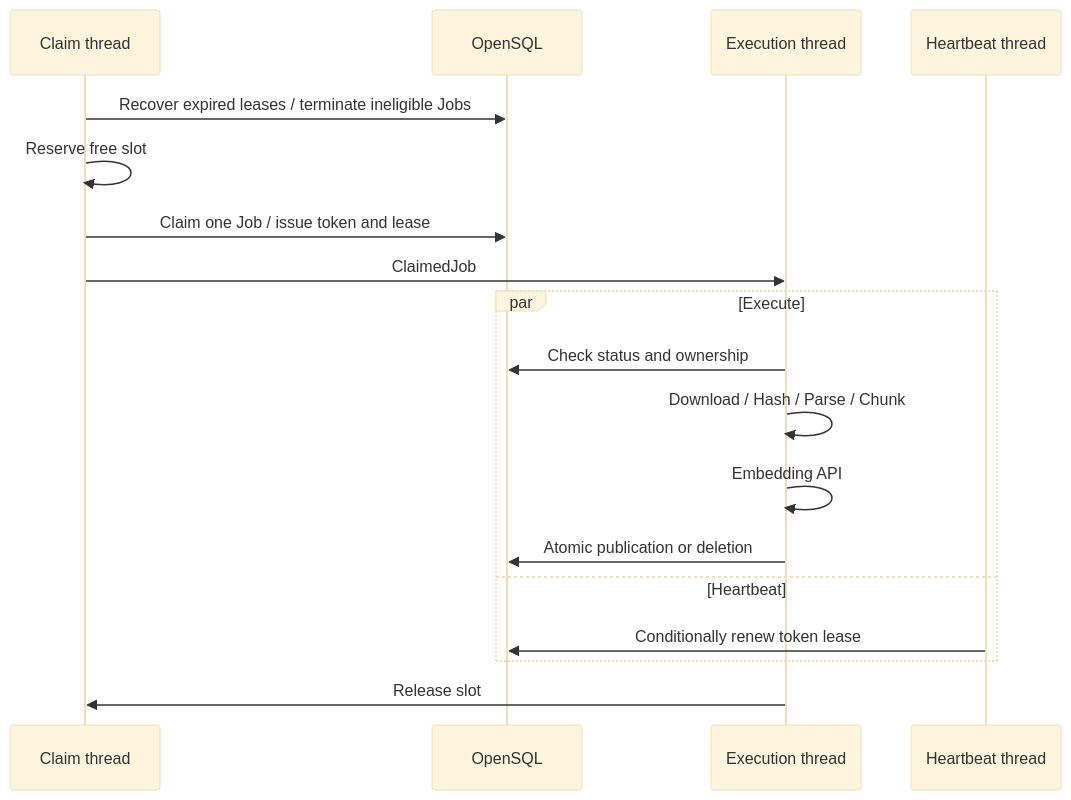
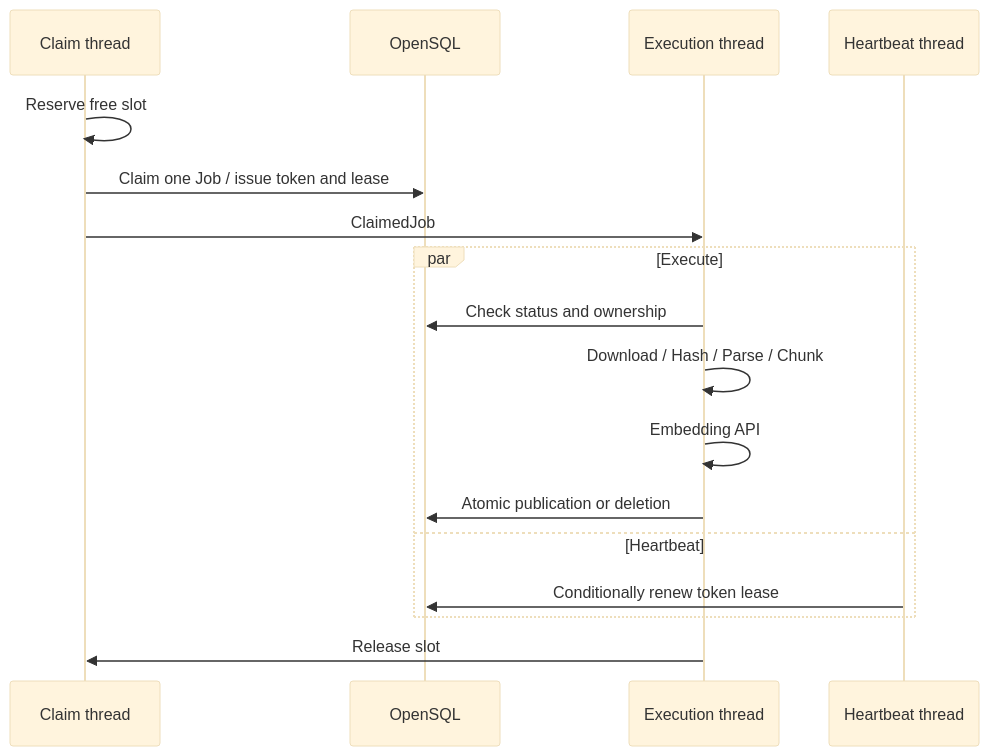
The diagram in docs/PROCESSING_MODEL_EN.md (mash-up-kr/spr1n6-osscontest-worker), drawn with Mermaid (base theme) before and after one commit. The commit also changed other lines of this file and 7 other files, not shown here.

````diff
--- a/docs/PROCESSING_MODEL_EN.md
+++ b/docs/PROCESSING_MODEL_EN.md
@@ -17,20 +19,19 @@
 ```mermaid
 sequenceDiagram
     participant C as Claim thread
     participant DB as OpenSQL
     participant E as Execution thread
     participant H as Heartbeat thread
-    C->>DB: Recover expired leases / terminate ineligible Jobs
     C->>C: Reserve free slot
     C->>DB: Claim one Job / issue token and lease
     C->>E: ClaimedJob
     par Execute
         E->>DB: Check status and ownership
         E->>E: Download / Hash / Parse / Chunk
         E->>E: Embedding API
         E->>DB: Atomic publication or deletion
     and Heartbeat
         H->>DB: Conditionally renew token lease
     end
     E->>C: Release slot
 ```
````
